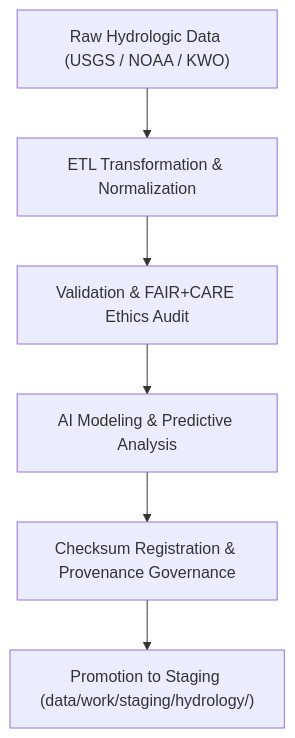
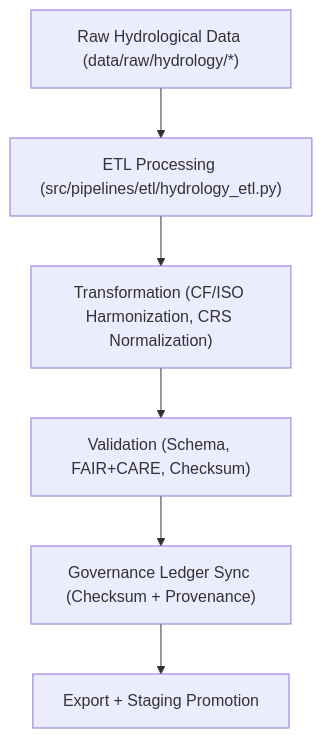
Before and after one commit to bartytime4life/Kansas-Frontier-Matrix: the diagram in data/work/tmp/hydrology/README.md, drawn with Mermaid. The commit also changed other lines of this file, not shown here.

````diff
--- a/data/work/tmp/hydrology/README.md
+++ b/data/work/tmp/hydrology/README.md
@@ -94,8 +84,8 @@
 ```mermaid
 flowchart TD
-    A["Raw Hydrologic Data (USGS / NOAA / KWO)"] --> B["ETL Transformation & Normalization"]
-    B --> C["Validation & FAIR+CARE Ethics Audit"]
-    C --> D["AI Modeling & Predictive Analysis"]
-    D --> E["Checksum Registration & Provenance Governance"]
-    E --> F["Promotion to Staging (data/work/staging/hydrology/)"]
+    A["Raw Hydrological Data (data/raw/hydrology/*)"] --> B["ETL Processing (src/pipelines/etl/hydrology_etl.py)"]
+    B --> C["Transformation (CF/ISO Harmonization, CRS Normalization)"]
+    C --> D["Validation (Schema, FAIR+CARE, Checksum)"]
+    D --> E["Governance Ledger Sync (Checksum + Provenance)"]
+    E --> F["Export + Staging Promotion"]
 ```
````
